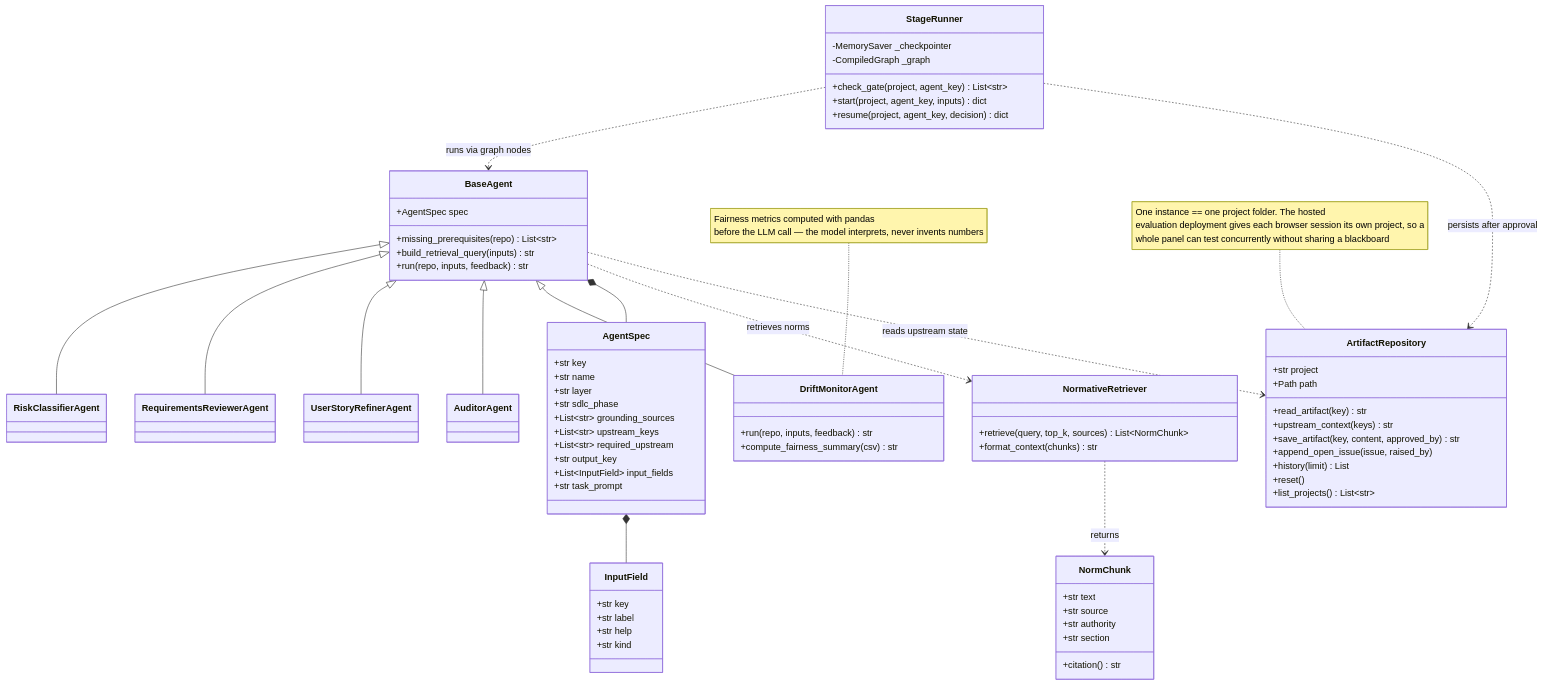
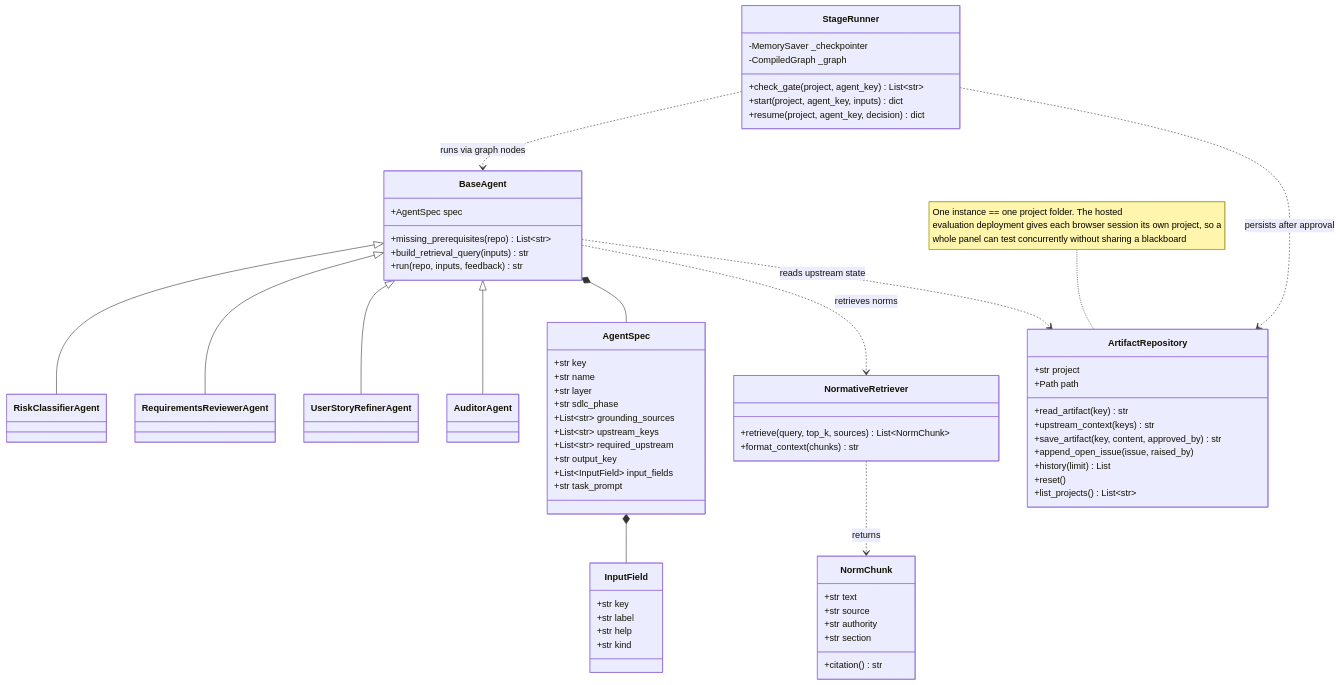
The eighth of 10 diagrams in docs/architecture.md (DiogoCampanha/raia), drawn with Mermaid before and after one commit. The commit also changed other lines of this file and 42 other files, not shown here.

```diff
--- a/docs/architecture.md
+++ b/docs/architecture.md
@@ -285,12 +290,6 @@
     class RequirementsReviewerAgent
     class UserStoryRefinerAgent
     class AuditorAgent
-    class DriftMonitorAgent {
-        +run(repo, inputs, feedback) str
-        +compute_fairness_summary(csv) str
-    }
-    note for DriftMonitorAgent "Fairness metrics computed with pandas
-    before the LLM call — the model interprets, never invents numbers"
 
     class ArtifactRepository {
         +str project
@@ -333,7 +332,6 @@
     BaseAgent <|-- RequirementsReviewerAgent
     BaseAgent <|-- UserStoryRefinerAgent
     BaseAgent <|-- AuditorAgent
-    BaseAgent <|-- DriftMonitorAgent
     BaseAgent *-- AgentSpec
     AgentSpec *-- InputField
     BaseAgent ..> NormativeRetriever : retrieves norms
```
